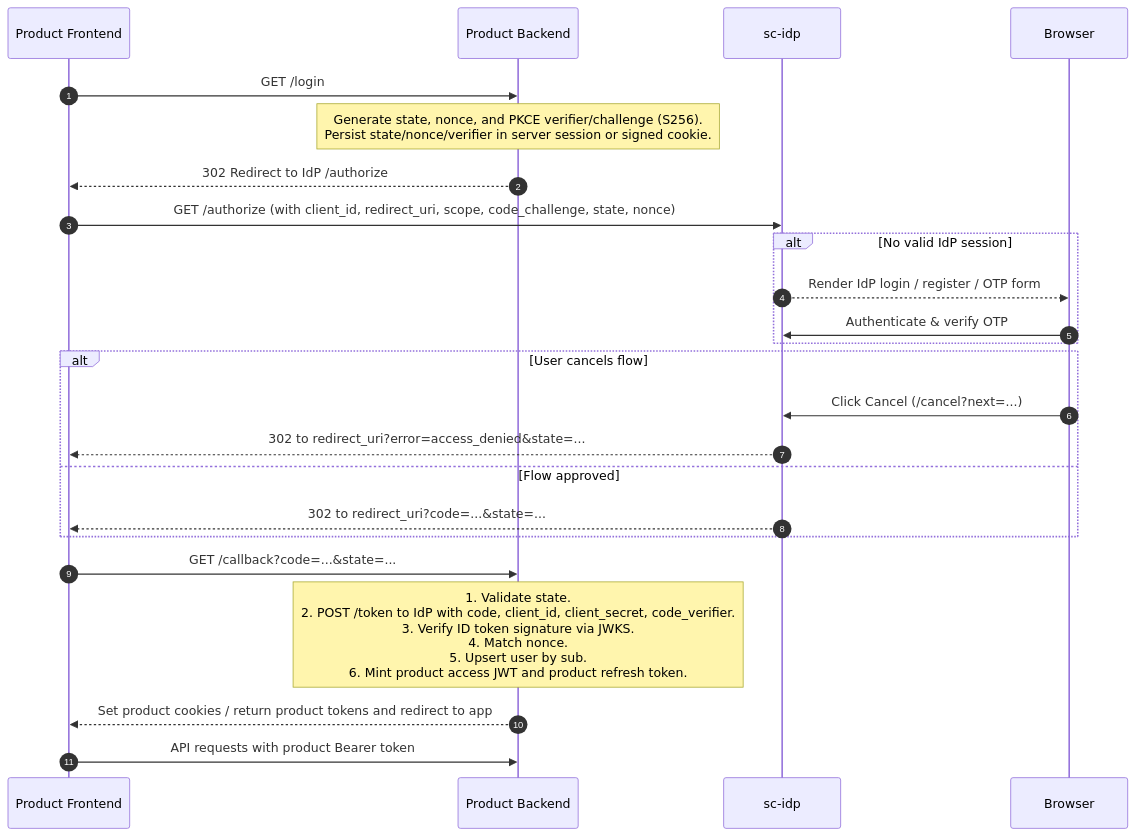
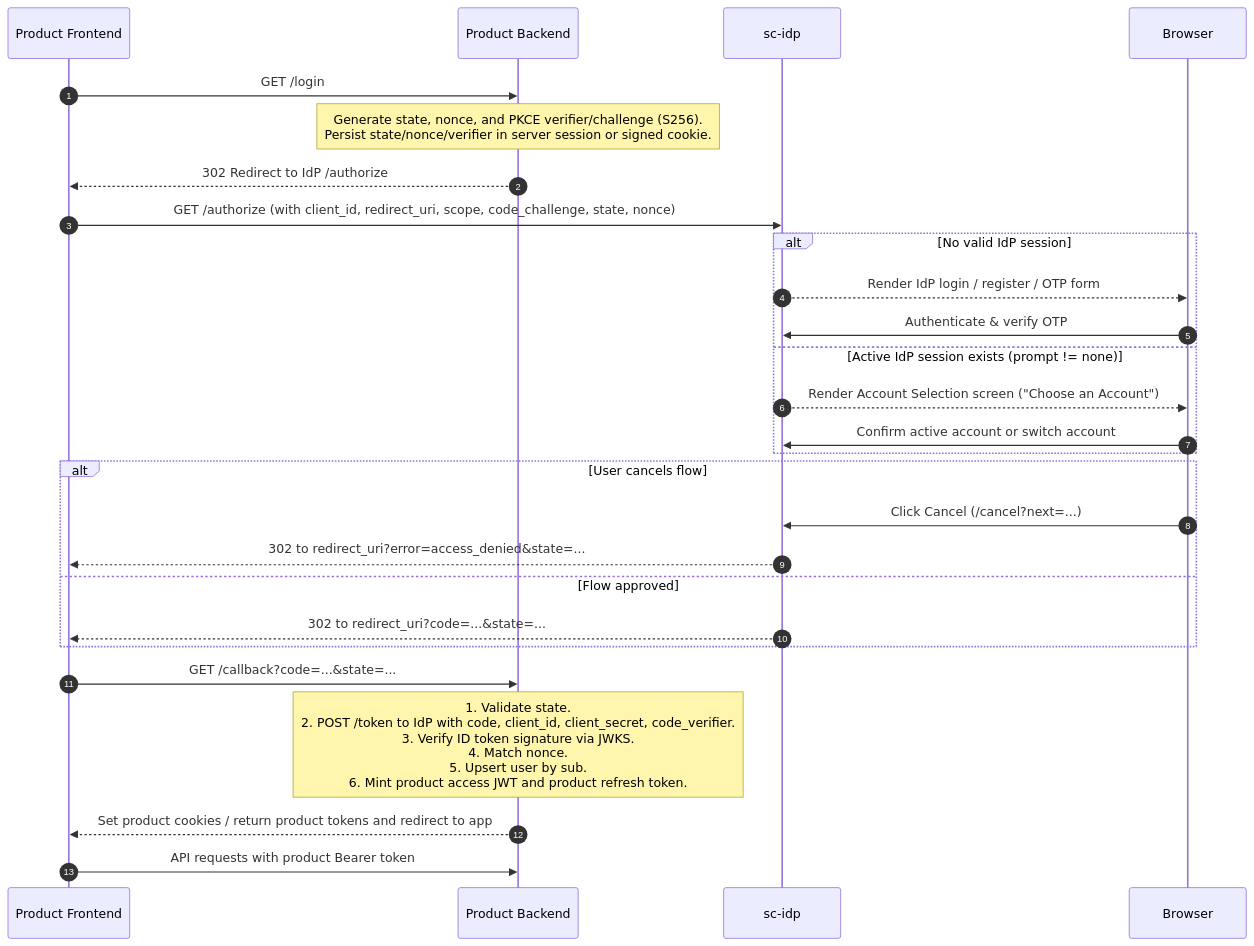
One commit to MahmoudMNael/sc-idp changed the diagram in docs/integrating-a-product.md. Above: the diagram before and after it, drawn with Mermaid. The commit also changed other lines of this file and 5 other files, not shown here.

Commit message:
feat: update documentation to include account confirmation and switching features in user flows and architecture

````diff
--- a/docs/integrating-a-product.md
+++ b/docs/integrating-a-product.md
@@ -33,27 +33,30 @@
 ```mermaid
 sequenceDiagram
   autonumber
   participant FE as Product Frontend
   participant BE as Product Backend
   participant IdP as sc-idp
   participant User as Browser
 
   FE->>BE: GET /login
   Note over BE: Generate state, nonce, and PKCE verifier/challenge (S256).<br/>Persist state/nonce/verifier in server session or signed cookie.
   BE-->>FE: 302 Redirect to IdP /authorize
   FE->>IdP: GET /authorize (with client_id, redirect_uri, scope, code_challenge, state, nonce)
   alt No valid IdP session
     IdP-->>User: Render IdP login / register / OTP form
     User->>IdP: Authenticate & verify OTP
+  else Active IdP session exists (prompt != none)
+    IdP-->>User: Render Account Selection screen ("Choose an Account")
+    User->>IdP: Confirm active account or switch account
   end
   alt User cancels flow
     User->>IdP: Click Cancel (/cancel?next=...)
     IdP-->>FE: 302 to redirect_uri?error=access_denied&state=...
   else Flow approved
     IdP-->>FE: 302 to redirect_uri?code=...&state=...
   end
   FE->>BE: GET /callback?code=...&state=...
   Note over BE: 1. Validate state.<br/>2. POST /token to IdP with code, client_id, client_secret, code_verifier.<br/>3. Verify ID token signature via JWKS.<br/>4. Match nonce.<br/>5. Upsert user by sub.<br/>6. Mint product access JWT and product refresh token.
   BE-->>FE: Set product cookies / return product tokens and redirect to app
   FE->>BE: API requests with product Bearer token
 ```
````
